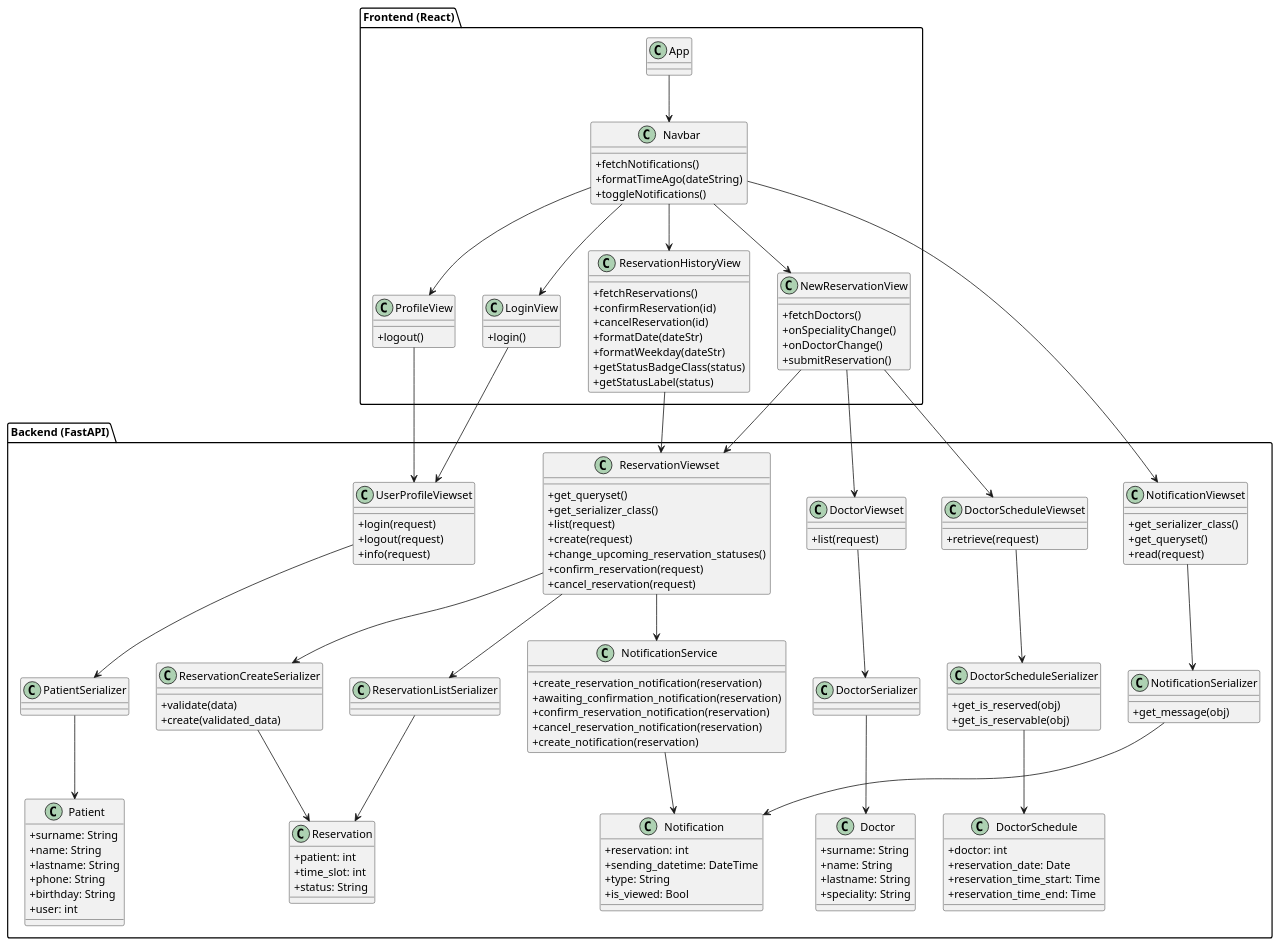
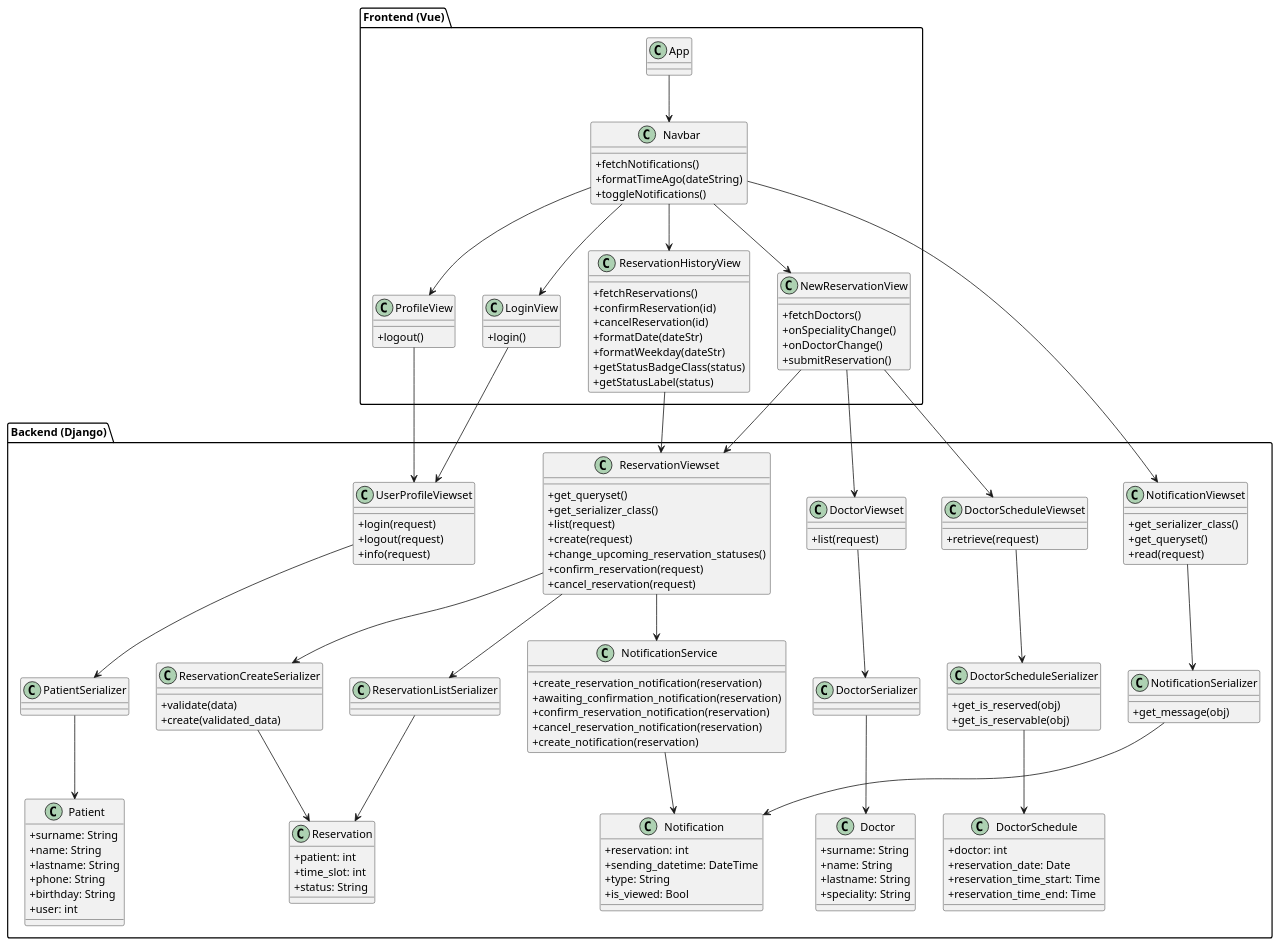
The diagram in Class.wsd (ozeemm/TRPK), drawn with PlantUML before and after one commit. The commit also changed 9 other files, not shown here.

```diff
--- a/Class.wsd
+++ b/Class.wsd
@@ -1,176 +1,176 @@
 @startuml Classes
 skinparam classAttributeIconSize 0
 
 ' ================= BACKEND =================
-package "Backend (FastAPI)" {
+package "Backend (Django)" {
 class Patient{
     + surname: String
     + name: String
     + lastname: String
     + phone: String
     + birthday: String
     + user: int
 }
 
 class Doctor{
     + surname: String
     + name: String
     + lastname: String
     + speciality: String
 }
 
 class DoctorSchedule{
     + doctor: int
     + reservation_date: Date
     + reservation_time_start: Time
     + reservation_time_end: Time
 }
 
 class Reservation{
     + patient: int
     + time_slot: int
     + status: String
 }
 
 class Notification{
     + reservation: int
     + sending_datetime: DateTime
     + type: String
     + is_viewed: Bool
 }
 
 class PatientSerializer{
 }
 
 class DoctorSerializer{
 }
 
 class DoctorScheduleSerializer{
     + get_is_reserved(obj)
     + get_is_reservable(obj)
 }
 
 class ReservationListSerializer{
 }
 
 class ReservationCreateSerializer{
     + validate(data)
     + create(validated_data)
 }
 
 class NotificationSerializer{
     + get_message(obj)
 }
 
 class UserProfileViewset{
     + login(request)
     + logout(request)
     + info(request)
 }
 
 class DoctorViewset{
     + list(request)
 }
 
 class DoctorScheduleViewset{
     + retrieve(request)
 }
 
 class ReservationViewset{
     + get_queryset()
     + get_serializer_class()
     + list(request)
     + create(request)
     + change_upcoming_reservation_statuses()
     + confirm_reservation(request)
     + cancel_reservation(request)
 }
 
 class NotificationViewset{
     + get_serializer_class()
     + get_queryset()
     + read(request)
 }
 
 class NotificationService{
     + create_reservation_notification(reservation)
     + awaiting_confirmation_notification(reservation)
     + confirm_reservation_notification(reservation)
     + cancel_reservation_notification(reservation)
     + create_notification(reservation)
 }
 
 ' Serializers
 DoctorScheduleSerializer --> DoctorSchedule
 PatientSerializer --> Patient
 DoctorSerializer --> Doctor
 ReservationListSerializer --> Reservation
 ReservationCreateSerializer --> Reservation
 NotificationSerializer --> Notification
 
 ' Viewsets
 UserProfileViewset --> PatientSerializer
 DoctorViewset --> DoctorSerializer
 DoctorScheduleViewset --> DoctorScheduleSerializer
 ReservationViewset --> ReservationCreateSerializer
 ReservationViewset --> ReservationListSerializer
 ReservationViewset --> NotificationService
 NotificationService --> Notification
 NotificationViewset --> NotificationSerializer
 }
 
 ' ================= FRONTEND =================
-package "Frontend (React)" {
+package "Frontend (Vue)" {
 
 class App {
 }
 
 class Navbar{
     + fetchNotifications()
     + formatTimeAgo(dateString)
     + toggleNotifications()
 }
 
 class LoginView{
     + login()
 }
 
 class ProfileView{
     + logout()
 }
 
 class NewReservationView{
     + fetchDoctors()
     + onSpecialityChange()
     + onDoctorChange()
     + submitReservation()
 }
 
 class ReservationHistoryView{
     + fetchReservations()
     + confirmReservation(id)
     + cancelReservation(id)
     + formatDate(dateStr)
     + formatWeekday(dateStr)
     + getStatusBadgeClass(status)
     + getStatusLabel(status)
 }
 
 App --> Navbar
 Navbar --> LoginView
 Navbar --> ProfileView
 Navbar --> NewReservationView
 Navbar --> ReservationHistoryView
 }
 
 ' ================= FRONTEND <-> BACKEND =================
 
 Navbar --> NotificationViewset
 LoginView --> UserProfileViewset
 ProfileView --> UserProfileViewset
 NewReservationView --> DoctorViewset
 NewReservationView --> DoctorScheduleViewset
 NewReservationView --> ReservationViewset
 ReservationHistoryView --> ReservationViewset
 
 @enduml
```
